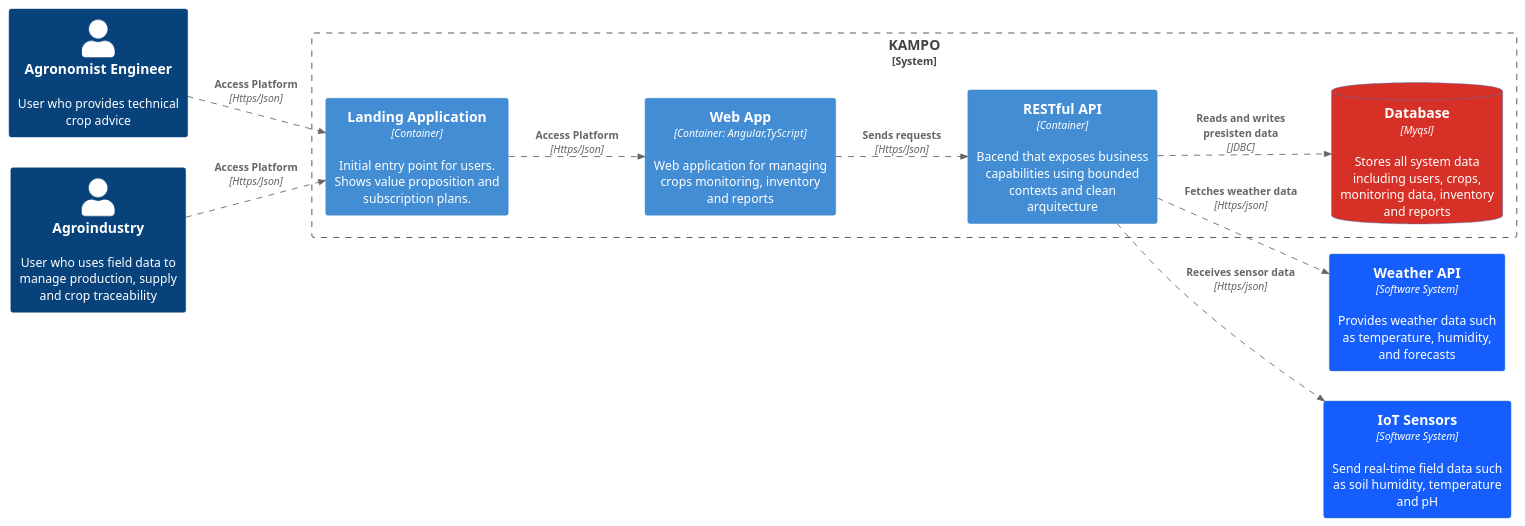
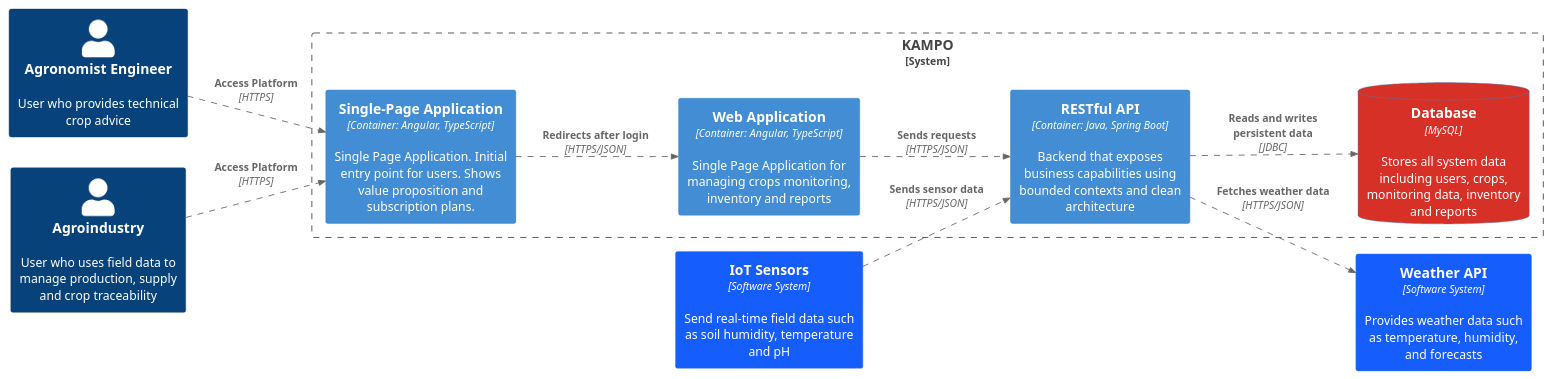
The diagram in docs/Arquitecture/softwareArquitectureContainerDiagram.puml (upc-pre-202610-1asi0729-11881-greenspot/kampo-report), drawn with PlantUML before and after one commit. The commit also changed 26 other files, not shown here.

Commit message:
docs(plantuml): refactoring C4 diagrams

```diff
--- a/docs/Arquitecture/softwareArquitectureContainerDiagram.puml
+++ b/docs/Arquitecture/softwareArquitectureContainerDiagram.puml
@@ -1,30 +1,35 @@
 @startuml
-!include  https://raw.githubusercontent.com/plantuml-stdlib/C4-PlantUML/master/C4_Container.puml
+!include https://raw.githubusercontent.com/plantuml-stdlib/C4-PlantUML/master/C4_Container.puml
 LAYOUT_LEFT_RIGHT()
 AddContainerTag("v1.1", $bgColor="#d73027")
 AddContainerTag("v1.2", $bgColor="#155DFC")
 
 AddRelTag("Asincronico",$lineStyle=DashedLine())
 HIDE_STEREOTYPE()
+
 Person(agronomist, "Agronomist Engineer", "User who provides technical crop advice")
 Person(agroindustry, "Agroindustry", "User who uses field data to manage production, supply and crop traceability")
 
 System_Boundary(c3,"KAMPO"){
-Container(landingPage,"Landing Application","Container","Initial entry point for users. Shows value proposition and subscription plans.")
-Rel(agronomist,landingPage,"Access Platform",Https/Json,$tags="Asincronico")
-Rel(agroindustry,landingPage,"Access Platform",Https/Json,$tags="Asincronico")
 
-Container(containerSPA,"Web App","Container: Angular,TyScript","Web application for managing crops monitoring, inventory and reports")
-Rel(landingPage,containerSPA,"Access Platform",Https/Json,$tags="Asincronico")
+  Container(landingPage, "Single-Page Application", "Container: Angular, TypeScript", "Single Page Application. Initial entry point for users. Shows value proposition and subscription plans.")
+  Rel(agronomist, landingPage, "Access Platform", "HTTPS", $tags="Asincronico")
+  Rel(agroindustry, landingPage, "Access Platform", "HTTPS", $tags="Asincronico")
 
-Container(restfull,"RESTful API","Container","Bacend that exposes business capabilities using bounded contexts and clean arquitecture")
-Rel(containerSPA,restfull,"Sends requests",Https/Json,$tags="Asincronico")
+  Container(containerSPA, "Web Application", "Container: Angular, TypeScript", "Single Page Application for managing crops monitoring, inventory and reports")
+  Rel(landingPage, containerSPA, "Redirects after login", "HTTPS/JSON", $tags="Asincronico")
 
-ContainerDb(db,"Database",Myqsl,"Stores all system data including users, crops, monitoring data, inventory and reports",$tags="v1.1")
-Rel(restfull,db,"Reads and writes presisten data",JDBC,$tags="Asincronico")
+  Container(restfull, "RESTful API", "Container: Java, Spring Boot", "Backend that exposes business capabilities using bounded contexts and clean architecture")
+  Rel(containerSPA, restfull, "Sends requests", "HTTPS/JSON", $tags="Asincronico")
+
+  ContainerDb(db, "Database", "MySQL", "Stores all system data including users, crops, monitoring data, inventory and reports", $tags="v1.1")
+  Rel(restfull, db, "Reads and writes persistent data", "JDBC", $tags="Asincronico")
 }
-Container(weatherApi,"Weather API", Software System,"Provides weather data such as temperature, humidity, and forecasts",$tags=v1.2)
-Container(IotSensors,"IoT Sensors", Software System,"Send real-time field data such as soil humidity, temperature and pH",$tags=v1.2)
-Rel(restfull,weatherApi,"Fetches weather data",Https/json,$tags="Asincronico")
-Rel(restfull,IotSensors,"Receives sensor data",Https/json,$tags="Asincronico")
+
+Container(weatherApi, "Weather API", "Software System", "Provides weather data such as temperature, humidity, and forecasts", $tags="v1.2")
+Container(IotSensors, "IoT Sensors", "Software System", "Send real-time field data such as soil humidity, temperature and pH", $tags="v1.2")
+
+Rel(restfull, weatherApi, "Fetches weather data", "HTTPS/JSON", $tags="Asincronico")
+Rel(IotSensors, restfull, "Sends sensor data", "HTTPS/JSON", $tags="Asincronico")
+
 @enduml
```
